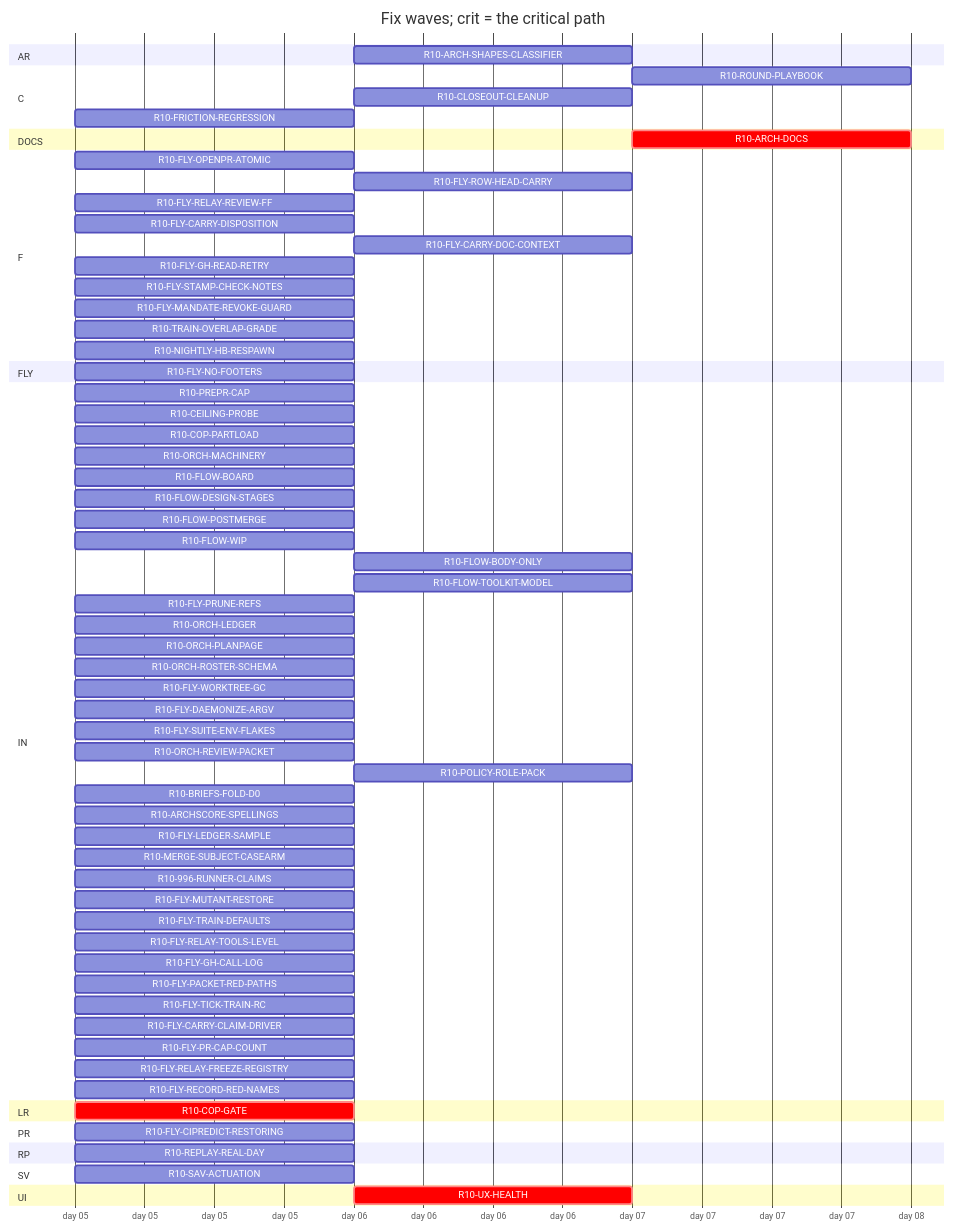
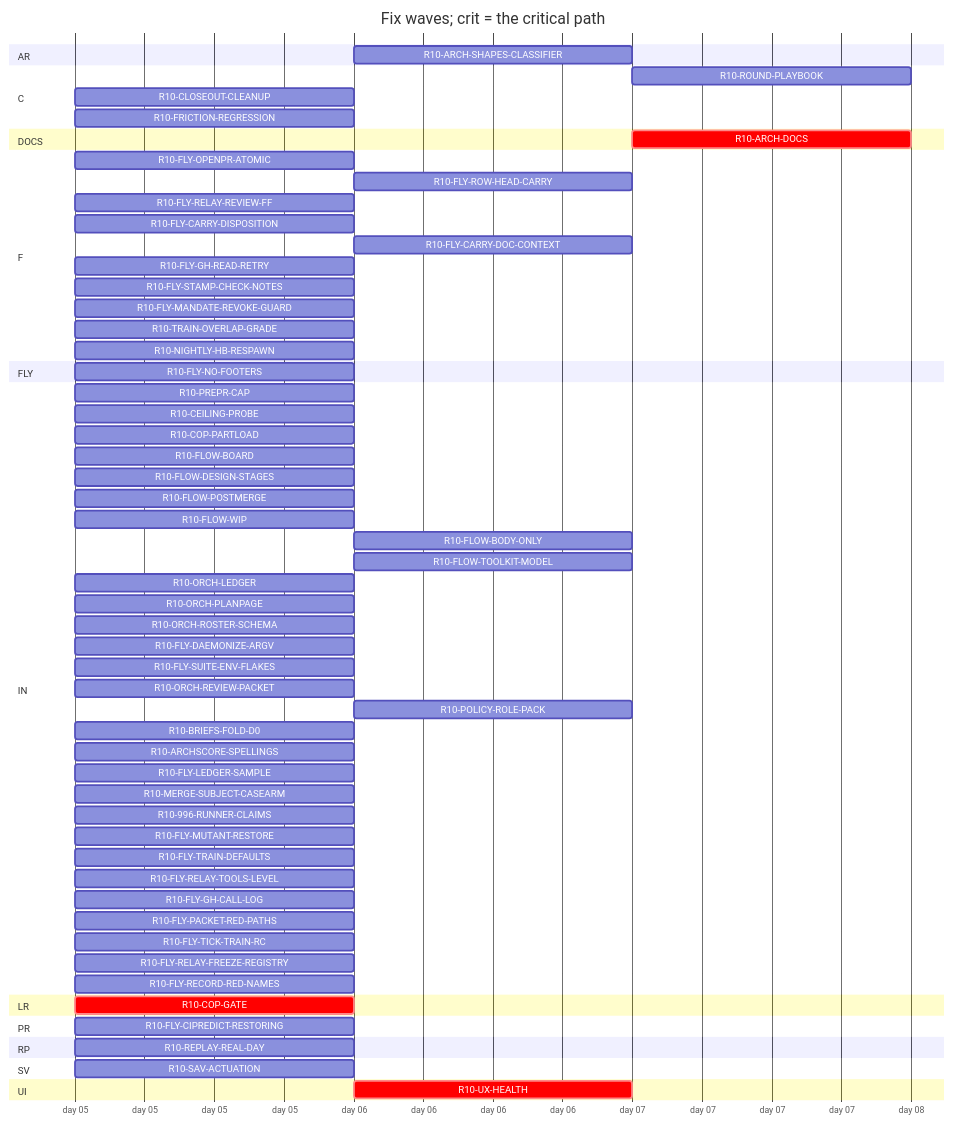
The diagram in handoff/round10/state/PLAN-TABLE.md (tvofi/heatpump_optimizer), drawn with Mermaid before and after one commit. The commit also changed other lines of this file and 3 other files, not shown here.

Commit message:
state: FLOW-BOARD.md, NEXT-SESSION-PROMPT.md, PLAN-TABLE.md, RESUME-CURRENT.md regenerated (state_docs.py)

````diff
--- a/handoff/round10/state/PLAN-TABLE.md
+++ b/handoff/round10/state/PLAN-TABLE.md
@@ -24,72 +24,67 @@
 ```mermaid
 gantt
   title Fix waves; crit = the critical path
   dateFormat YYYY-MM-DD
   axisFormat day %d
   section AR
     R10-ARCH-SHAPES-CLASSIFIER :r10ARCHSHAPESCLASSIFIER, after r10996RUNNERCLAIMS, 1d
   section C
     R10-ROUND-PLAYBOOK :r10ROUNDPLAYBOOK, after r10ORCHLEDGER r10ORCHPLANPAGE r10FLYRELAYREVIEWFF r10FLOWBODYONLY, 1d
-    R10-CLOSEOUT-CLEANUP :r10CLOSEOUTCLEANUP, after r10FLYPRUNEREFS r10FLYWORKTREEGC, 1d
+    R10-CLOSEOUT-CLEANUP :r10CLOSEOUTCLEANUP, 2026-01-05, 1d
     R10-FRICTION-REGRESSION :r10FRICTIONREGRESSION, 2026-01-05, 1d
   section DOCS
-    R10-ARCH-DOCS :crit, r10ARCHDOCS, after r10COPGATE r10UXHEALTH r10CEILINGPROBE r10COPPARTLOAD r10FLOWBOARD r10FLOWDESIGNSTAGES r10FLOWPOSTMERGE r10FLOWWIP r10FLOWBODYONLY r10FLYOPENPRATOMIC r10FLYROWHEADCARRY r10FLYRELAYREVIEWFF r10FLYCARRYDISPOSITION r10FLYCARRYDOCCONTEXT r10FLOWTOOLKITMODEL r10FLYSTAMPCHECKNOTES r10FLYMANDATEREVOKEGUARD r10TRAINOVERLAPGRADE r10NIGHTLYHBRESPAWN r10FLYPRUNEREFS r10ORCHLEDGER r10ORCHPLANPAGE r10ORCHROSTERSCHEMA r10FLYWORKTREEGC r10FLYDAEMONIZEARGV r10ORCHREVIEWPACKET r10POLICYROLEPACK r10BRIEFSFOLDD0 r10REPLAYREALDAY r10ARCHSCORESPELLINGS r10SAVACTUATION r10FLYLEDGERSAMPLE, 1d
+    R10-ARCH-DOCS :crit, r10ARCHDOCS, after r10COPGATE r10UXHEALTH r10CEILINGPROBE r10COPPARTLOAD r10FLOWBOARD r10FLOWDESIGNSTAGES r10FLOWPOSTMERGE r10FLOWWIP r10FLOWBODYONLY r10FLYOPENPRATOMIC r10FLYROWHEADCARRY r10FLYRELAYREVIEWFF r10FLYCARRYDISPOSITION r10FLYCARRYDOCCONTEXT r10FLOWTOOLKITMODEL r10FLYSTAMPCHECKNOTES r10FLYMANDATEREVOKEGUARD r10TRAINOVERLAPGRADE r10NIGHTLYHBRESPAWN r10ORCHLEDGER r10ORCHPLANPAGE r10ORCHROSTERSCHEMA r10FLYDAEMONIZEARGV r10ORCHREVIEWPACKET r10POLICYROLEPACK r10BRIEFSFOLDD0 r10REPLAYREALDAY r10ARCHSCORESPELLINGS r10SAVACTUATION r10FLYLEDGERSAMPLE, 1d
   section F
     R10-FLY-OPENPR-ATOMIC :r10FLYOPENPRATOMIC, 2026-01-05, 1d
     R10-FLY-ROW-HEAD-CARRY :r10FLYROWHEADCARRY, after r10FLYOPENPRATOMIC, 1d
     R10-FLY-RELAY-REVIEW-FF :r10FLYRELAYREVIEWFF, 2026-01-05, 1d
     R10-FLY-CARRY-DISPOSITION :r10FLYCARRYDISPOSITION, 2026-01-05, 1d
     R10-FLY-CARRY-DOC-CONTEXT :r10FLYCARRYDOCCONTEXT, after r10FLYGHREADRETRY, 1d
     R10-FLY-GH-READ-RETRY :r10FLYGHREADRETRY, 2026-01-05, 1d
     R10-FLY-STAMP-CHECK-NOTES :r10FLYSTAMPCHECKNOTES, 2026-01-05, 1d
     R10-FLY-MANDATE-REVOKE-GUARD :r10FLYMANDATEREVOKEGUARD, 2026-01-05, 1d
     R10-TRAIN-OVERLAP-GRADE :r10TRAINOVERLAPGRADE, 2026-01-05, 1d
     R10-NIGHTLY-HB-RESPAWN :r10NIGHTLYHBRESPAWN, 2026-01-05, 1d
   section FLY
     R10-FLY-NO-FOOTERS :r10FLYNOFOOTERS, 2026-01-05, 1d
   section IN
     R10-PREPR-CAP :r10PREPRCAP, 2026-01-05, 1d
     R10-CEILING-PROBE :r10CEILINGPROBE, 2026-01-05, 1d
     R10-COP-PARTLOAD :r10COPPARTLOAD, 2026-01-05, 1d
-    R10-ORCH-MACHINERY :r10ORCHMACHINERY, 2026-01-05, 1d
     R10-FLOW-BOARD :r10FLOWBOARD, 2026-01-05, 1d
     R10-FLOW-DESIGN-STAGES :r10FLOWDESIGNSTAGES, 2026-01-05, 1d
     R10-FLOW-POSTMERGE :r10FLOWPOSTMERGE, 2026-01-05, 1d
     R10-FLOW-WIP :r10FLOWWIP, 2026-01-05, 1d
     R10-FLOW-BODY-ONLY :r10FLOWBODYONLY, after r10FLYOPENPRATOMIC, 1d
     R10-FLOW-TOOLKIT-MODEL :r10FLOWTOOLKITMODEL, after r10ORCHPLANPAGE, 1d
-    R10-FLY-PRUNE-REFS :r10FLYPRUNEREFS, 2026-01-05, 1d
     R10-ORCH-LEDGER :r10ORCHLEDGER, 2026-01-05, 1d
     R10-ORCH-PLANPAGE :r10ORCHPLANPAGE, 2026-01-05, 1d
     R10-ORCH-ROSTER-SCHEMA :r10ORCHROSTERSCHEMA, 2026-01-05, 1d
-    R10-FLY-WORKTREE-GC :r10FLYWORKTREEGC, 2026-01-05, 1d
     R10-FLY-DAEMONIZE-ARGV :r10FLYDAEMONIZEARGV, 2026-01-05, 1d
     R10-FLY-SUITE-ENV-FLAKES :r10FLYSUITEENVFLAKES, 2026-01-05, 1d
     R10-ORCH-REVIEW-PACKET :r10ORCHREVIEWPACKET, 2026-01-05, 1d
     R10-POLICY-ROLE-PACK :r10POLICYROLEPACK, after r10FLOWDESIGNSTAGES, 1d
     R10-BRIEFS-FOLD-D0 :r10BRIEFSFOLDD0, 2026-01-05, 1d
     R10-ARCHSCORE-SPELLINGS :r10ARCHSCORESPELLINGS, 2026-01-05, 1d
     R10-FLY-LEDGER-SAMPLE :r10FLYLEDGERSAMPLE, 2026-01-05, 1d
     R10-MERGE-SUBJECT-CASEARM :r10MERGESUBJECTCASEARM, 2026-01-05, 1d
     R10-996-RUNNER-CLAIMS :r10996RUNNERCLAIMS, 2026-01-05, 1d
     R10-FLY-MUTANT-RESTORE :r10FLYMUTANTRESTORE, 2026-01-05, 1d
     R10-FLY-TRAIN-DEFAULTS :r10FLYTRAINDEFAULTS, 2026-01-05, 1d
     R10-FLY-RELAY-TOOLS-LEVEL :r10FLYRELAYTOOLSLEVEL, 2026-01-05, 1d
     R10-FLY-GH-CALL-LOG :r10FLYGHCALLLOG, 2026-01-05, 1d
     R10-FLY-PACKET-RED-PATHS :r10FLYPACKETREDPATHS, 2026-01-05, 1d
     R10-FLY-TICK-TRAIN-RC :r10FLYTICKTRAINRC, 2026-01-05, 1d
-    R10-FLY-CARRY-CLAIM-DRIVER :r10FLYCARRYCLAIMDRIVER, 2026-01-05, 1d
-    R10-FLY-PR-CAP-COUNT :r10FLYPRCAPCOUNT, 2026-01-05, 1d
     R10-FLY-RELAY-FREEZE-REGISTRY :r10FLYRELAYFREEZEREGISTRY, 2026-01-05, 1d
     R10-FLY-RECORD-RED-NAMES :r10FLYRECORDREDNAMES, 2026-01-05, 1d
   section LR
     R10-COP-GATE :crit, r10COPGATE, 2026-01-05, 1d
   section PR
     R10-FLY-CIPREDICT-RESTORING :r10FLYCIPREDICTRESTORING, 2026-01-05, 1d
   section RP
     R10-REPLAY-REAL-DAY :r10REPLAYREALDAY, 2026-01-05, 1d
   section SV
     R10-SAV-ACTUATION :r10SAVACTUATION, 2026-01-05, 1d
   section UI
     R10-UX-HEALTH :crit, r10UXHEALTH, after r10COPGATE, 1d
 ```
````
